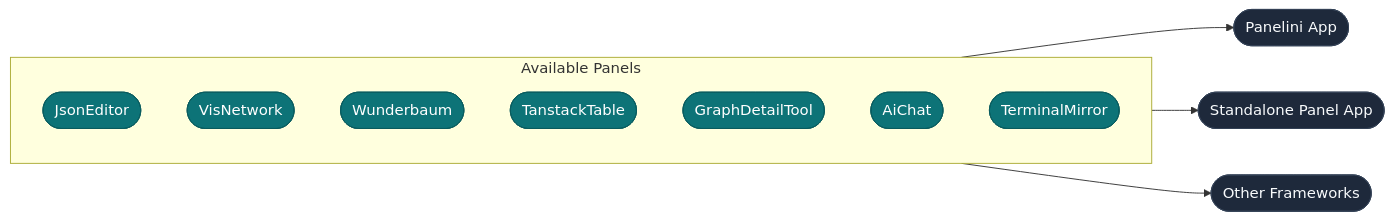
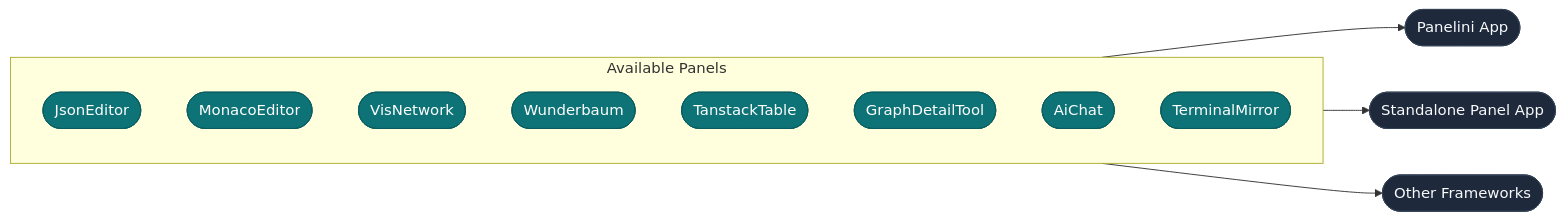
One commit to opensemanticworld/panelini changed the diagram in docs/panels/index.md. Above: the diagram before and after it, drawn with Mermaid. The commit also changed other lines of this file and 12 other files, not shown here.

````diff
--- a/docs/panels/index.md
+++ b/docs/panels/index.md
@@ -52,26 +58,27 @@
 ```{mermaid}
 graph LR
     subgraph panels [" Available Panels "]
         je(["JsonEditor"])
+        me(["MonacoEditor"])
         vn(["VisNetwork"])
         wb(["Wunderbaum"])
         tst(["TanstackTable"])
         gdt(["GraphDetailTool"])
         ai(["AiChat"])
         tm(["TerminalMirror"])
     end
 
     panelini(["Panelini App"])
     standalone(["Standalone Panel App"])
     other(["Other Frameworks"])
 
     panels --> panelini
     panels --> standalone
     panels --> other
 
     classDef panelNode fill:#0d7377,stroke:#095c5f,color:#ffffff
     classDef targetNode fill:#1e293b,stroke:#334155,color:#f8fafc
 
-    class je,vn,wb,tst,gdt,ai,tm panelNode
+    class je,me,vn,wb,tst,gdt,ai,tm panelNode
     class panelini,standalone,other targetNode
 ```
````
